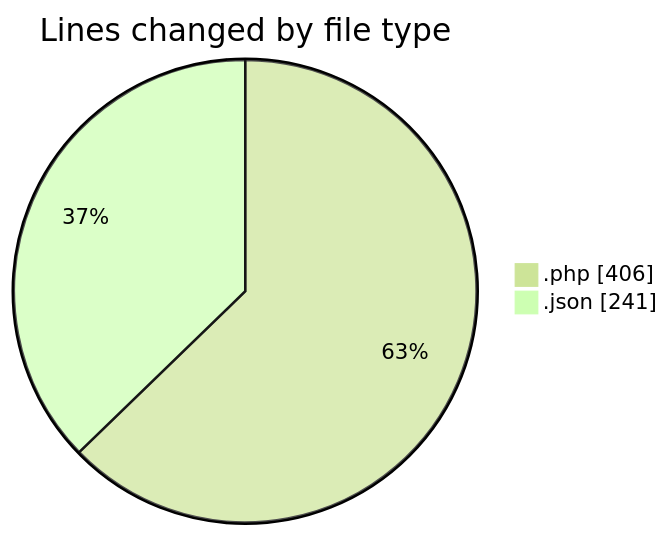
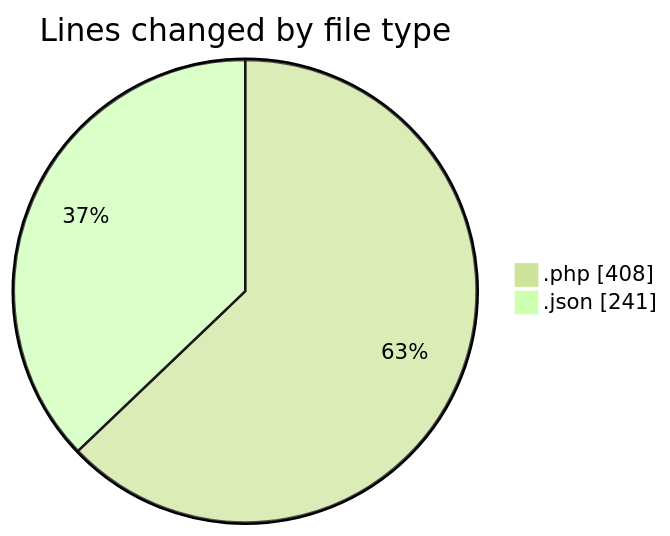
One commit to idhammustaqopulfikri/code-tracking changed the first of 2 diagrams in 2025-03-29/autodidak/README.md. Above: the diagram before and after it, drawn with Mermaid (forest theme). The commit also changed other lines of this file and 1 other file, not shown here.

````diff
--- a/2025-03-29/autodidak/README.md
+++ b/2025-03-29/autodidak/README.md
@@ -28,6 +28,6 @@
 ```mermaid
 pie showData
 title Lines changed by file type
-".php" : 406
+".php" : 408
 ".json" : 241
 ```
````
